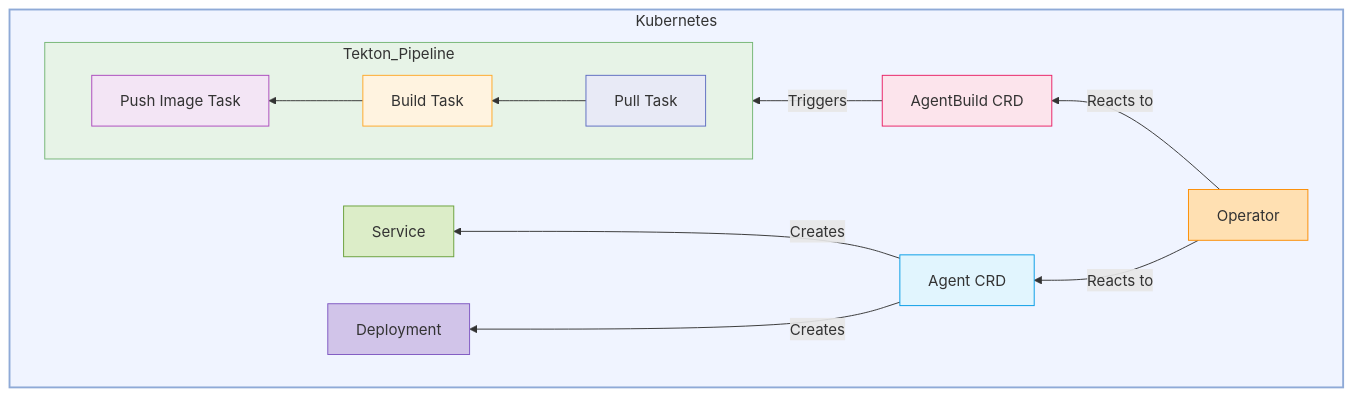
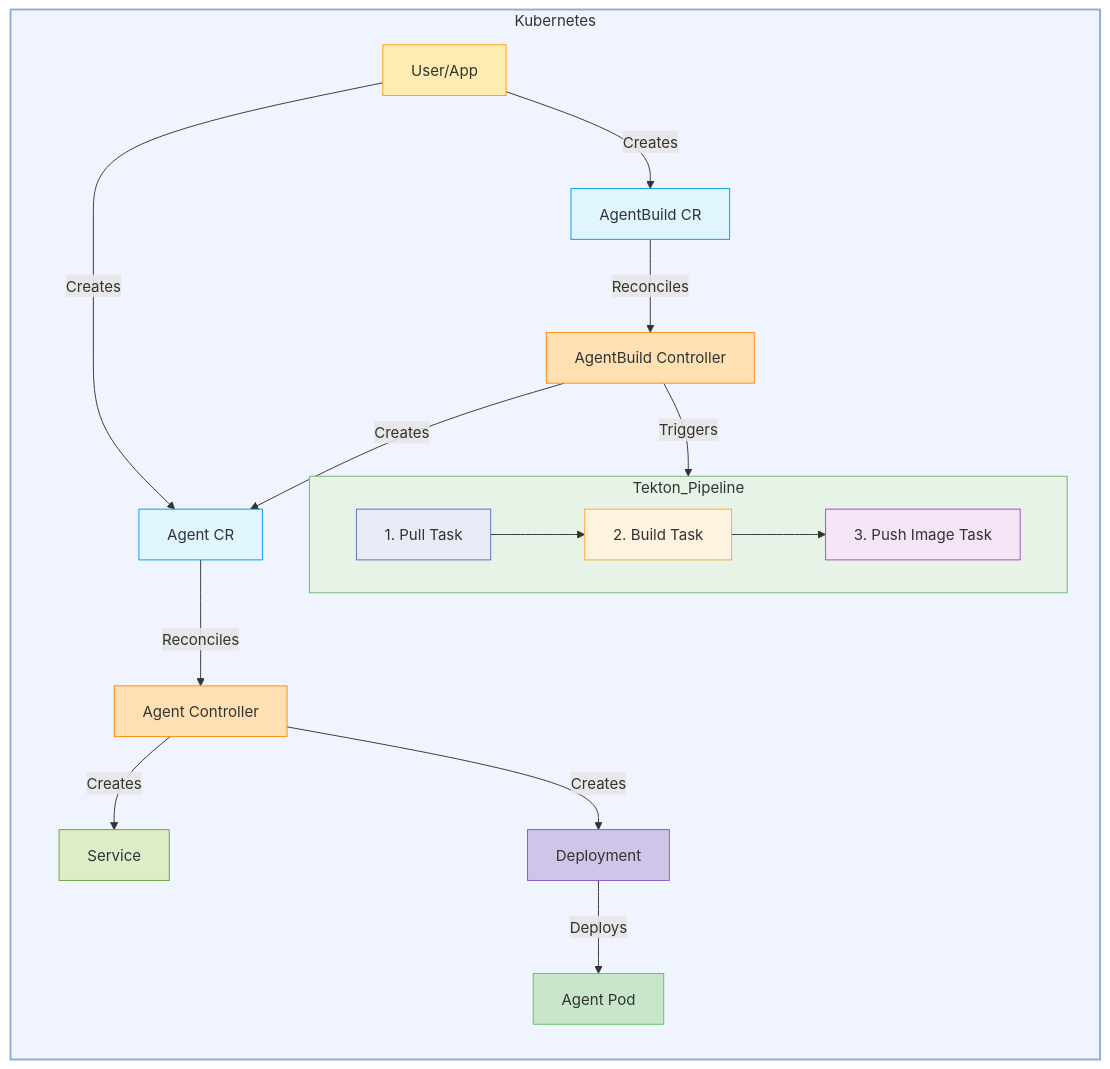
Before and after one commit to mrsabath/kagenti-operator: the diagram in kagenti-operator/README.md, drawn with Mermaid. The commit also changed 3 other files, not shown here.

````diff
--- a/kagenti-operator/README.md
+++ b/kagenti-operator/README.md
@@ -6,42 +6,58 @@
 ```mermaid
 graph TD;
     subgraph Kubernetes
-        direction RL
+        direction TB
         style Kubernetes fill:#f0f4ff,stroke:#8faad7,stroke-width:2px
-
+        
+        User[User/App]
+        style User fill:#ffecb3,stroke:#ffa000
+        
+        AgentCRD["Agent CR"] 
+        style AgentCRD fill:#e1f5fe,stroke:#039be5
+        
+        AgentBuildCRD["AgentBuild CR"]
+        style AgentBuildCRD fill:#e1f5fe,stroke:#039be5
+        
+        User -->|Creates| AgentCRD
+        User -->|Creates| AgentBuildCRD
+        
+        AgentController[Agent Controller] 
+        style AgentController fill:#ffe0b2,stroke:#fb8c00
+        
+        AgentBuildController[AgentBuild Controller]
+        style AgentBuildController fill:#ffe0b2,stroke:#fb8c00
+        
+        Service_Service[Service]
+        style Service_Service fill:#dcedc8,stroke:#689f38
+        
+        Deployment_Deployment[Deployment]
+        style Deployment_Deployment fill:#d1c4e9,stroke:#7e57c2
+        
+        AgentPod[Agent Pod]
+        style AgentPod fill:#c8e6c9,stroke:#66bb6a
+        
+        AgentCRD -->|Reconciles| AgentController
+        AgentBuildCRD -->|Reconciles| AgentBuildController
+        
+        AgentController --> |Creates| Service_Service
+        AgentController --> |Creates| Deployment_Deployment
+        
+        Deployment_Deployment --> |Deploys| AgentPod
+        
         subgraph Tekton_Pipeline
-            direction RL
+            direction LR
             style Tekton_Pipeline fill:#e7f3e7,stroke:#73b473,stroke-width:1px
             
-            Pull[Pull Task]
+            Pull[1. Pull Task]
             style Pull fill:#e8eaf6,stroke:#5c6bc0
-
-            Build[Build Task]
+            Build[2. Build Task]
             style Build fill:#fff3e0,stroke:#ffa726
-
-            Push[Push Image Task]
+            Push[3. Push Image Task]
             style Push fill:#f3e5f5,stroke:#ab47bc
-
             Pull --> Build --> Push
         end
         
-        Operator[Operator] 
-        style Operator fill:#ffe0b2,stroke:#fb8c00
-
-        AgentCRD["Agent CRD"] 
-        style AgentCRD fill:#e1f5fe,stroke:#039be5
-
-        AgentBuildCRD["AgentBuild CRD"]
-        style AgentBuildCRD fill:#fce4ec,stroke:#e91e63
-
-        Operator -- Reacts to --> AgentCRD
-        Operator -- Reacts to --> AgentBuildCRD
-
-        AgentBuildCRD -->|Triggers| Tekton_Pipeline
-        AgentCRD --> |Creates| Service_Service[Service]
-        style Service_Service fill:#dcedc8,stroke:#689f38
-
-        AgentCRD --> |Creates| Deployment_Deployment[Deployment]
-        style Deployment_Deployment fill:#d1c4e9,stroke:#7e57c2
+        AgentBuildController -->|Triggers| Tekton_Pipeline
+        AgentBuildController -->|Creates| AgentCRD
     end
 ```    
````
